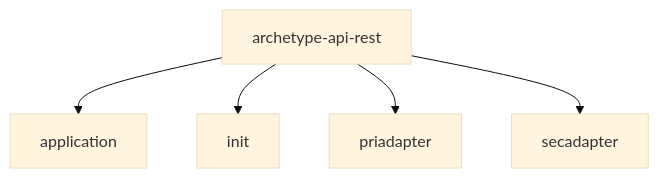
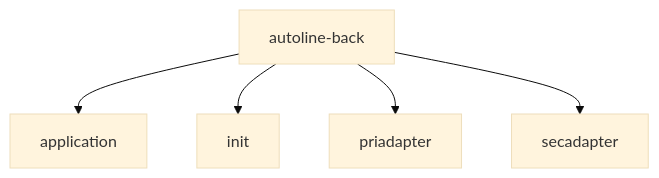
The diagram in README.md (Mdr1983/archetype-api-rest), drawn with Mermaid (base theme) before and after one commit. The commit also changed other lines of this file and 292 other files, not shown here.

````diff
--- a/README.md
+++ b/README.md
@@ -7,7 +7,7 @@
 ```mermaid
 graph TD;
-    archetype-api-rest-->application;
-    archetype-api-rest-->init;
-    archetype-api-rest-->priadapter;
-    archetype-api-rest-->secadapter;
+    autoline-back-->application;
+    autoline-back-->init;
+    autoline-back-->priadapter;
+    autoline-back-->secadapter;
 ```
````
